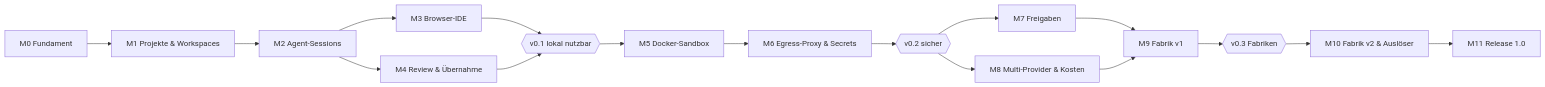
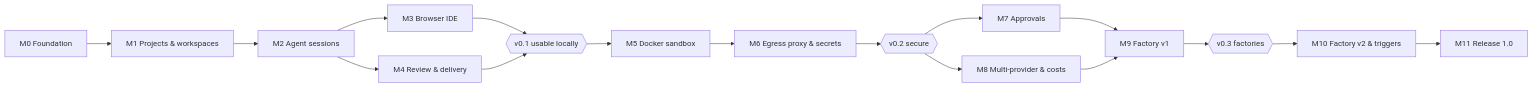
Before and after one commit to DavidW475/ade: the diagram in doc/milestones.md, drawn with Mermaid. The commit also changed other lines of this file and 32 other files, not shown here.

````diff
--- a/doc/milestones.md
+++ b/doc/milestones.md
@@ -6,19 +6,19 @@
 ```mermaid
 flowchart LR
-    M0[M0 Fundament] --> M1[M1 Projekte & Workspaces]
-    M1 --> M2[M2 Agent-Sessions]
-    M2 --> M3[M3 Browser-IDE]
-    M2 --> M4[M4 Review & Übernahme]
-    M3 --> R1{{v0.1 lokal nutzbar}}
+    M0[M0 Foundation] --> M1[M1 Projects & workspaces]
+    M1 --> M2[M2 Agent sessions]
+    M2 --> M3[M3 Browser IDE]
+    M2 --> M4[M4 Review & delivery]
+    M3 --> R1{{v0.1 usable locally}}
     M4 --> R1
-    R1 --> M5[M5 Docker-Sandbox]
-    M5 --> M6[M6 Egress-Proxy & Secrets]
-    M6 --> R2{{v0.2 sicher}}
-    R2 --> M7[M7 Freigaben]
-    R2 --> M8[M8 Multi-Provider & Kosten]
-    M7 --> M9[M9 Fabrik v1]
+    R1 --> M5[M5 Docker sandbox]
+    M5 --> M6[M6 Egress proxy & secrets]
+    M6 --> R2{{v0.2 secure}}
+    R2 --> M7[M7 Approvals]
+    R2 --> M8[M8 Multi-provider & costs]
+    M7 --> M9[M9 Factory v1]
     M8 --> M9
-    M9 --> R3{{v0.3 Fabriken}}
-    R3 --> M10[M10 Fabrik v2 & Auslöser]
+    M9 --> R3{{v0.3 factories}}
+    R3 --> M10[M10 Factory v2 & triggers]
     M10 --> M11[M11 Release 1.0]
 ```
````
